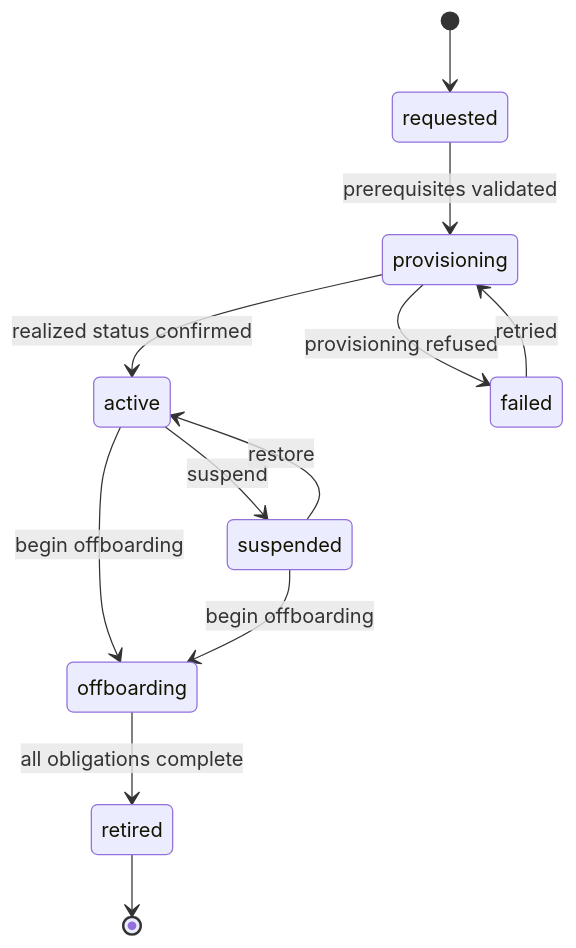
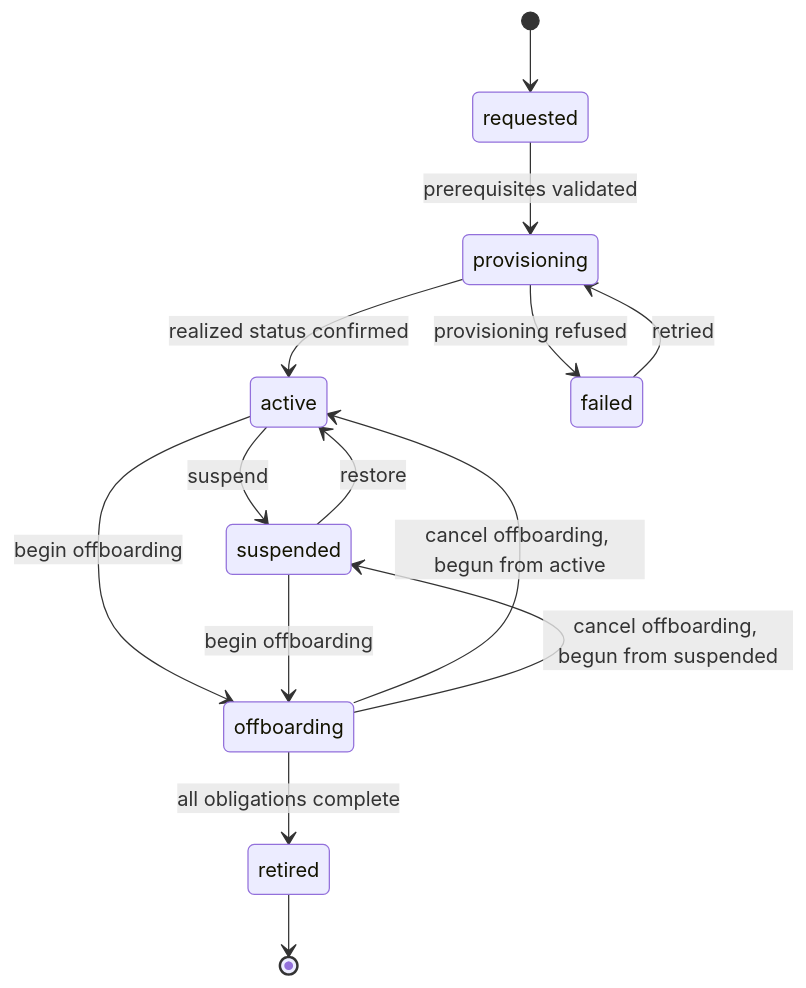
Before and after one commit to anshacerbia2/organization-control: the diagram in docs/designs/TDD-organization-control-003-organization-tenant-workspace-lifecycle.md, drawn with Mermaid. The commit also changed other lines of this file and 5 other files, not shown here.

````diff
--- a/docs/designs/TDD-organization-control-003-organization-tenant-workspace-lifecycle.md
+++ b/docs/designs/TDD-organization-control-003-organization-tenant-workspace-lifecycle.md
@@ -87,14 +87,16 @@
 ```mermaid
 stateDiagram-v2
     [*] --> requested
     requested --> provisioning: prerequisites validated
     provisioning --> active: realized status confirmed
     provisioning --> failed: provisioning refused
     failed --> provisioning: retried
     active --> suspended: suspend
     suspended --> active: restore
     active --> offboarding: begin offboarding
     suspended --> offboarding: begin offboarding
+    offboarding --> active: cancel offboarding, begun from active
+    offboarding --> suspended: cancel offboarding, begun from suspended
     offboarding --> retired: all obligations complete
     retired --> [*]
 ```
````
